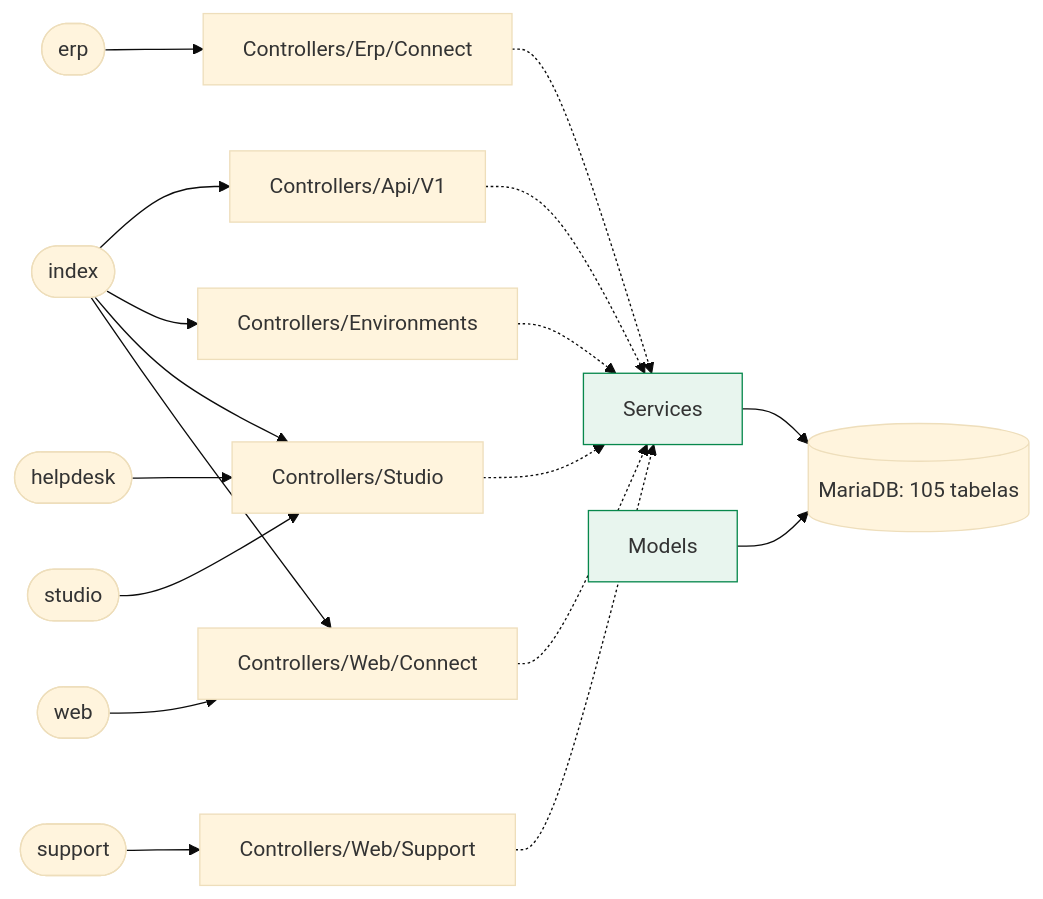
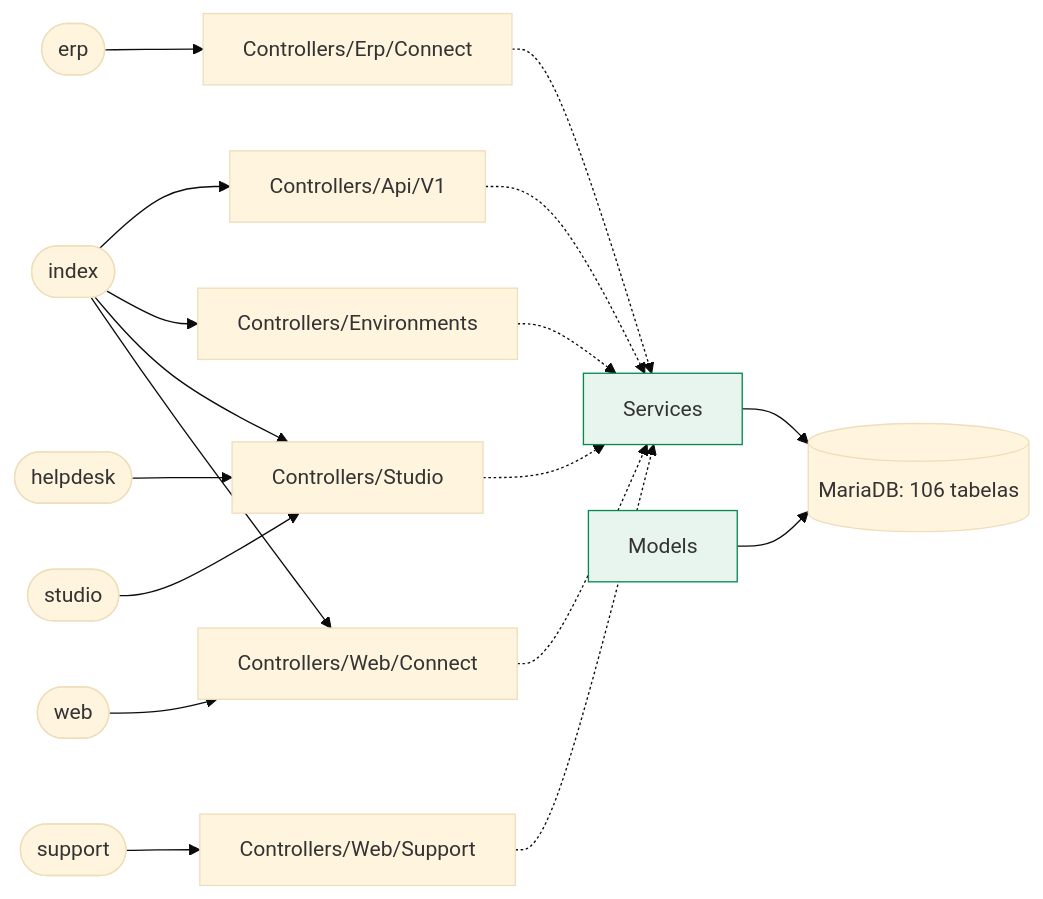
One commit to djalmamartins/connect-erp changed the first of 2 diagrams in docs/map/README.md. Above: the diagram before and after it, drawn with Mermaid (base theme). The commit also changed other lines of this file and 1 other file, not shown here.

````diff
--- a/docs/map/README.md
+++ b/docs/map/README.md
@@ -13,30 +13,30 @@
 ```mermaid
 flowchart LR
   env_erp(["erp"])
   env_erp --> pkg_Controllers_Erp_Connect["Controllers/Erp/Connect"]
   env_helpdesk(["helpdesk"])
   env_helpdesk --> pkg_Controllers_Studio["Controllers/Studio"]
   env_index(["index"])
   env_index --> pkg_Controllers_Api_V1["Controllers/Api/V1"]
   env_index --> pkg_Controllers_Environments["Controllers/Environments"]
   env_index --> pkg_Controllers_Studio["Controllers/Studio"]
   env_index --> pkg_Controllers_Web_Connect["Controllers/Web/Connect"]
   env_studio(["studio"])
   env_studio --> pkg_Controllers_Studio["Controllers/Studio"]
   env_support(["support"])
   env_support --> pkg_Controllers_Web_Support["Controllers/Web/Support"]
   env_web(["web"])
   env_web --> pkg_Controllers_Web_Connect["Controllers/Web/Connect"]
   pkg_svc["Services"]:::svc
   pkg_mdl["Models"]:::svc
-  db[("MariaDB: 105 tabelas")]
+  db[("MariaDB: 106 tabelas")]
   pkg_Controllers_Api_V1 -.-> pkg_svc
   pkg_Controllers_Environments -.-> pkg_svc
   pkg_Controllers_Erp_Connect -.-> pkg_svc
   pkg_Controllers_Studio -.-> pkg_svc
   pkg_Controllers_Web_Connect -.-> pkg_svc
   pkg_Controllers_Web_Support -.-> pkg_svc
   pkg_svc --> db
   pkg_mdl --> db
   classDef svc fill:#e8f5ee,stroke:#07884c
 ```
````
